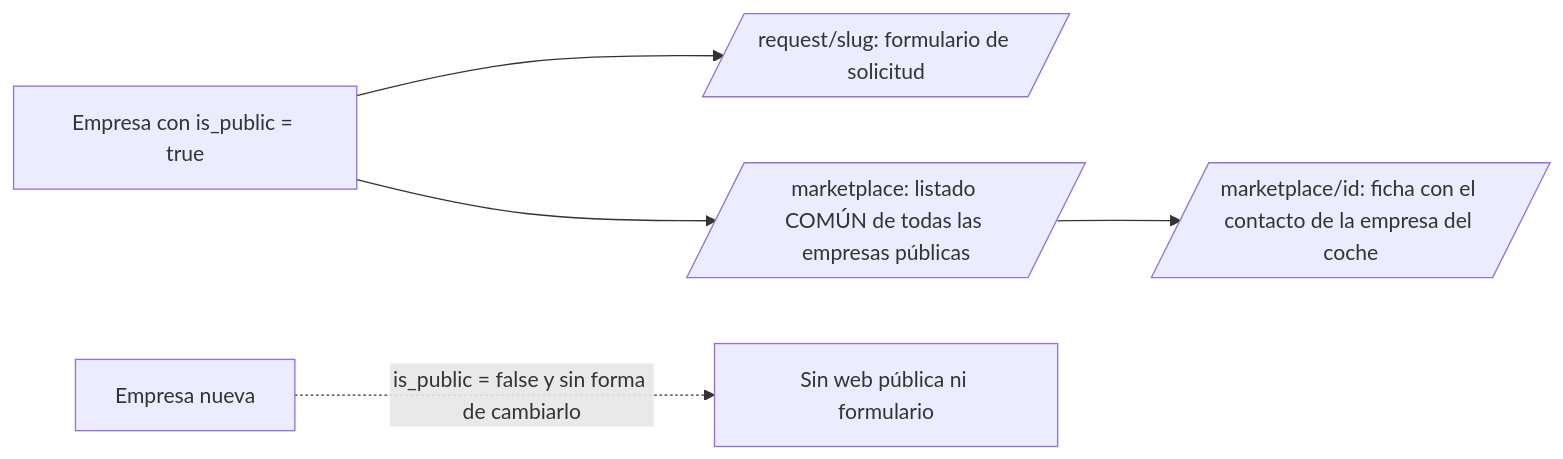
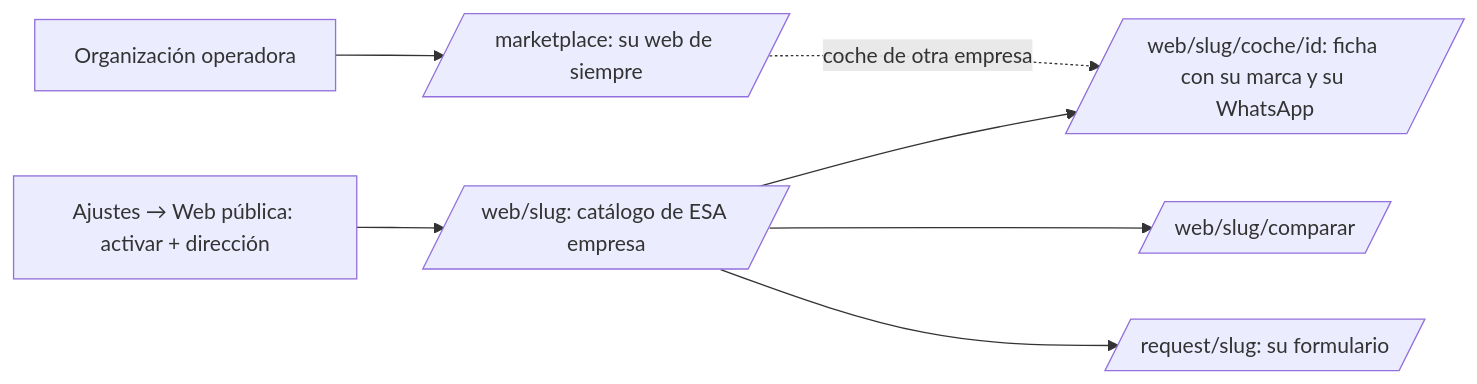
One commit to JACarrasco7/importnex-saas changed the diagram in docs/auditoria-venta-2026-10/06-publico-marketplace-pdf.md. Above: the diagram before and after it, drawn with Mermaid. The commit also changed other lines of this file and 112 other files, not shown here.

First line of the commit message:
audit(venta): ronda 3 — web pública por empresa, textos honestos y limpieza

````diff
--- a/docs/auditoria-venta-2026-10/06-publico-marketplace-pdf.md
+++ b/docs/auditoria-venta-2026-10/06-publico-marketplace-pdf.md
@@ -7,7 +7,9 @@
 ```mermaid
 flowchart LR
-  A[Empresa con is_public = true] --> B[/request/slug: formulario de solicitud/]
-  A --> C[/marketplace: listado COMÚN de todas las empresas públicas/]
-  C --> D[/marketplace/id: ficha con el contacto de la empresa del coche/]
-  E[Empresa nueva] -. is_public = false y sin forma de cambiarlo .-> X[Sin web pública ni formulario]
+  A[Ajustes → Web pública: activar + dirección] --> W[/web/slug: catálogo de ESA empresa/]
+  W --> F[/web/slug/coche/id: ficha con su marca y su WhatsApp/]
+  W --> C[/web/slug/comparar/]
+  W --> R[/request/slug: su formulario/]
+  O[Organización operadora] --> M[/marketplace: su web de siempre/]
+  M -. coche de otra empresa .-> F
 ```
````
